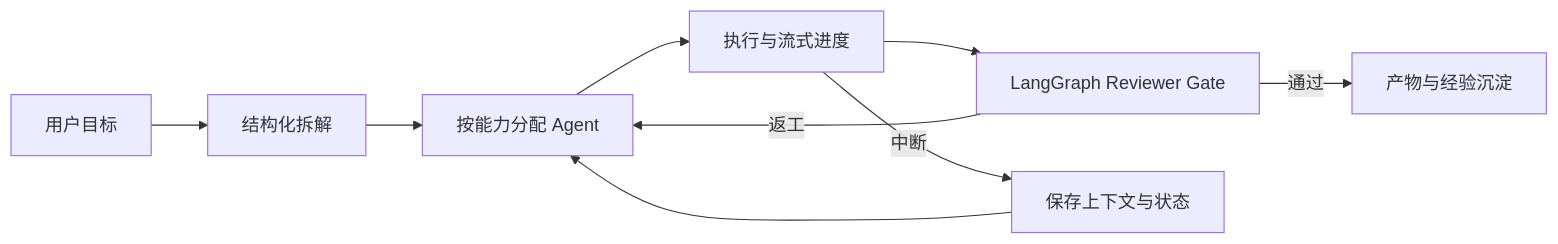
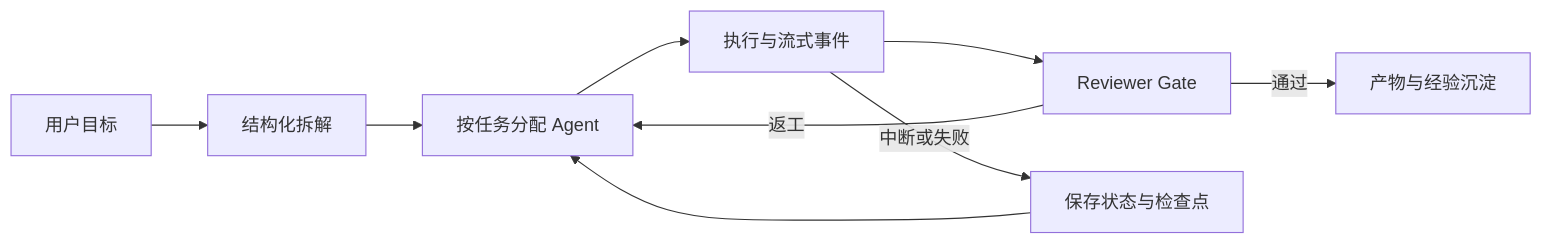
The diagram in README.md (jhryo25/myteamOUO), drawn with Mermaid before and after one commit. The commit also changed other lines of this file and 33 other files, not shown here.

````diff
--- a/README.md
+++ b/README.md
@@ -27,11 +27,11 @@
 ```mermaid
 flowchart LR
     A[用户目标] --> B[结构化拆解]
-    B --> C[按能力分配 Agent]
-    C --> D[执行与流式进度]
-    D --> E[LangGraph Reviewer Gate]
+    B --> C[按任务分配 Agent]
+    C --> D[执行与流式事件]
+    D --> E[Reviewer Gate]
     E -->|通过| F[产物与经验沉淀]
     E -->|返工| C
-    D -->|中断| G[保存上下文与状态]
+    D -->|中断或失败| G[保存状态与检查点]
     G --> C
 ```
````
